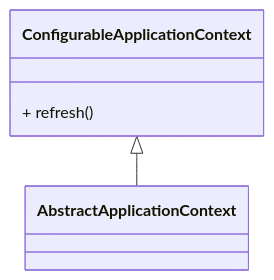
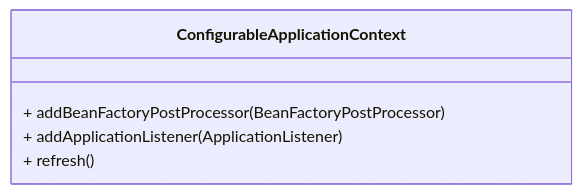
Before and after one commit to ifinal-io/blog.ifinal.io: the third of 4 diagrams in pages/_spring/ioc/context/application-context.md, drawn with Mermaid. The commit also changed other lines of this file and 3 other files, not shown here.

````diff
--- a/pages/_spring/ioc/context/application-context.md
+++ b/pages/_spring/ioc/context/application-context.md
@@ -145,8 +55,8 @@
 ```mermaid
 classDiagram
-    ConfigurableApplicationContext <|-- AbstractApplicationContext
-    
     class ConfigurableApplicationContext {
+    	+ addBeanFactoryPostProcessor(BeanFactoryPostProcessor)
+    	+ addApplicationListener(ApplicationListener)
         + refresh()
     }
 ```
````
